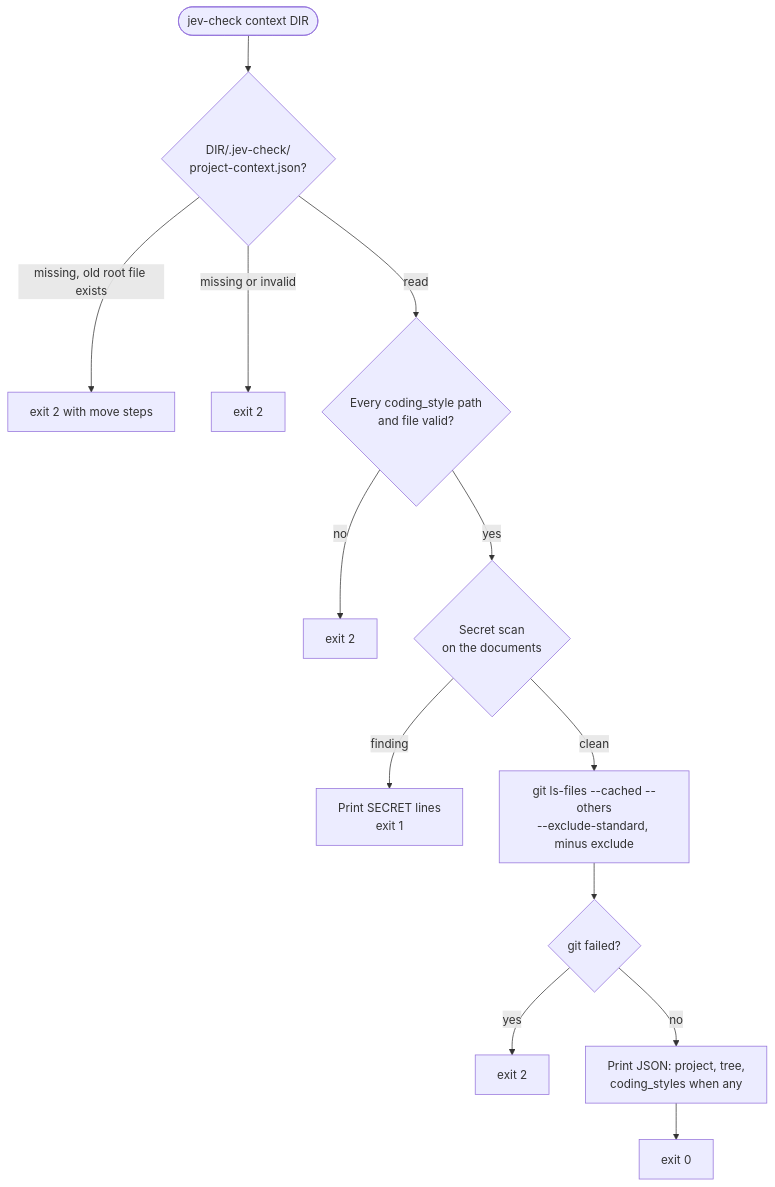
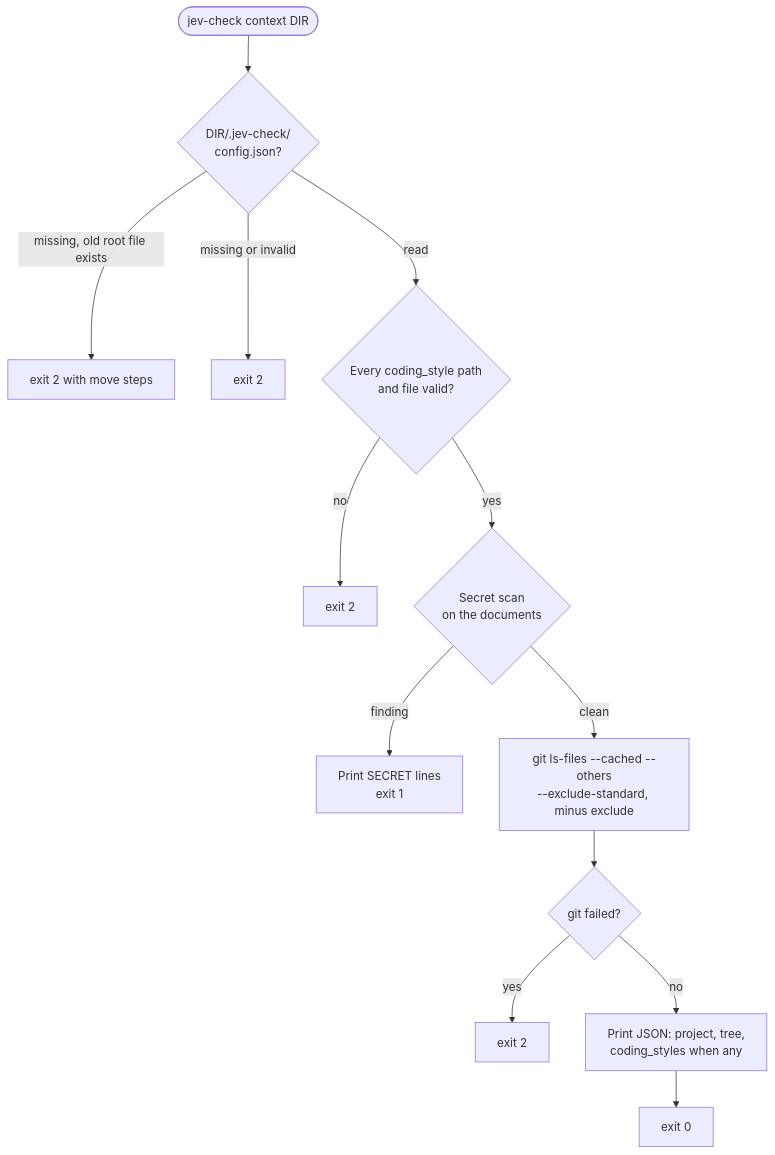
The seventh of 12 diagrams in README.md (luisferrassini/jev-check), drawn with Mermaid before and after one commit. The commit also changed other lines of this file and 14 other files, not shown here.

First line of the commit message:
Rename .jev-check/project-context.json to config.json, and add a CONTEXT.md glossary

````diff
--- a/README.md
+++ b/README.md
@@ -817,15 +823,15 @@
 ```mermaid
 flowchart TD
-    s(["jev-check context DIR"]) --> cfg{"DIR/.jev-check/<br/>project-context.json?"}
+    s(["jev-check context DIR"]) --> cfg{"DIR/.jev-check/<br/>config.json?"}
     cfg -- "missing, old root file exists" --> e1["exit 2 with move steps"]
     cfg -- "missing or invalid" --> e2["exit 2"]
     cfg -- "read" --> styles{"Every coding_style path<br/>and file valid?"}
     styles -- "no" --> e3["exit 2"]
     styles -- "yes" --> scan{"Secret scan<br/>on the documents"}
     scan -- "finding" --> sec["Print SECRET lines<br/>exit 1"]
     scan -- "clean" --> tree["git ls-files --cached --others<br/>--exclude-standard, minus exclude"]
     tree --> gerr{"git failed?"}
     gerr -- "yes" --> e4["exit 2"]
     gerr -- "no" --> out["Print JSON: project, tree,<br/>coding_styles when any"]
     out --> ok["exit 0"]
 ```
````
